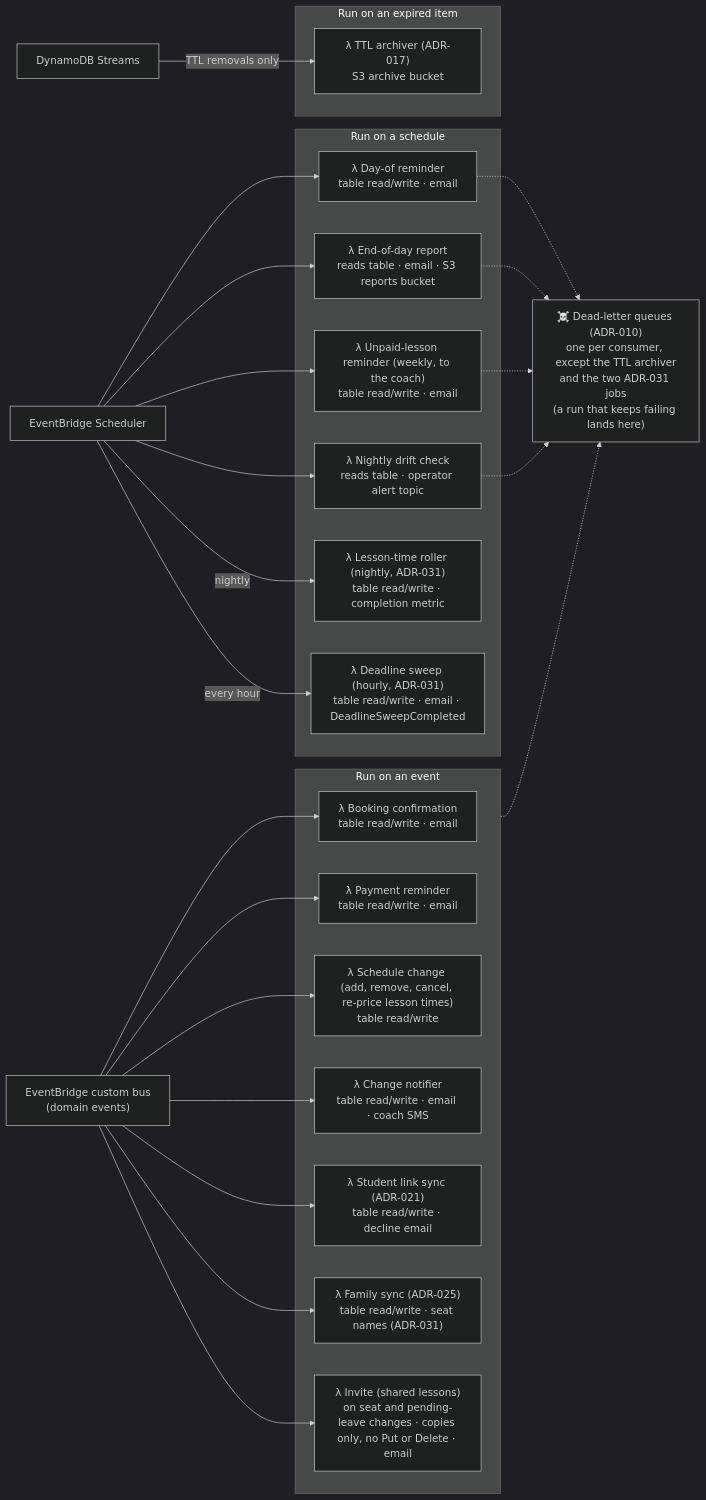
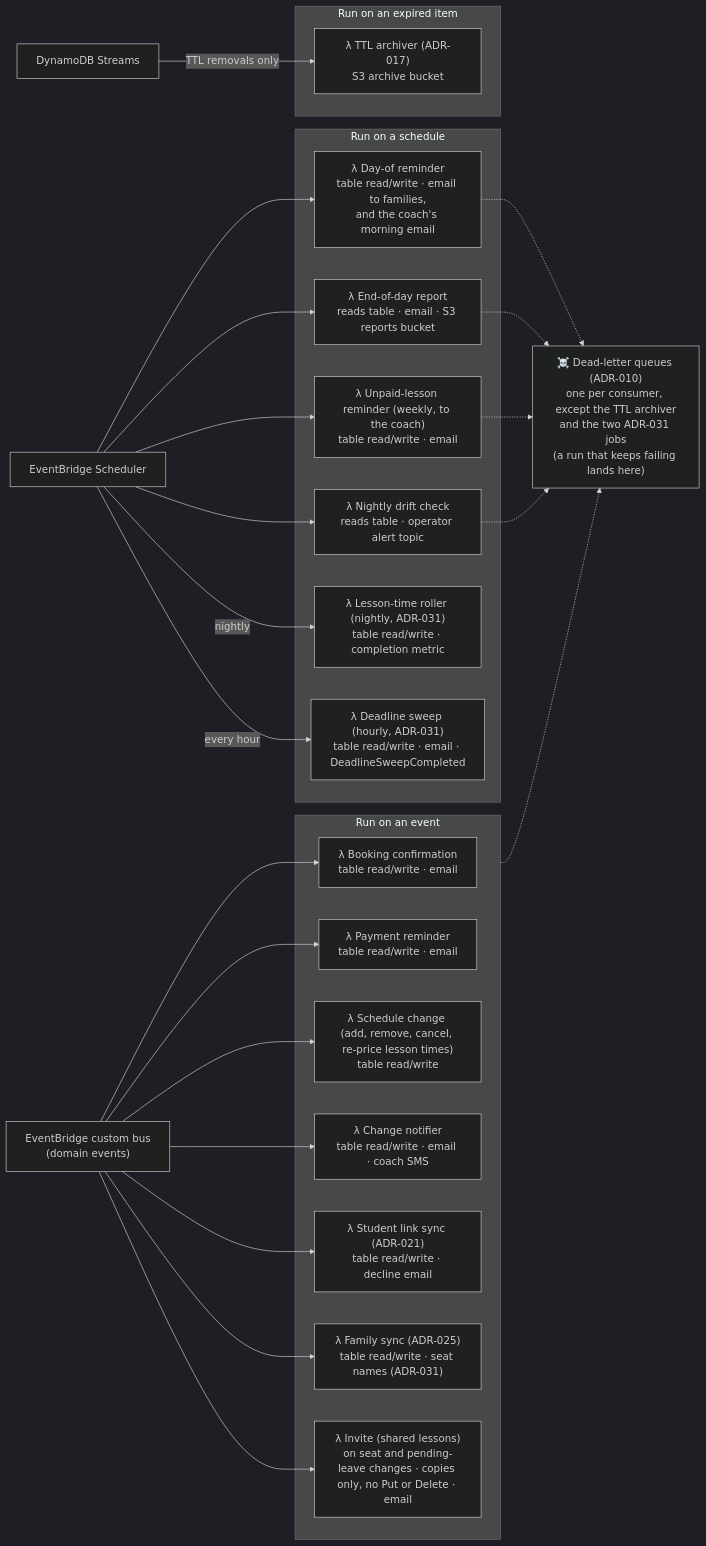
The second of 28 diagrams in docs/architecture.md (jessicamvega6/bladebook), drawn with Mermaid (dark theme) before and after one commit. The commit also changed other lines of this file and 58 other files, not shown here.

First line of the commit message:
Rinkside access: Today-page link and the coach's morning email

````diff
--- a/docs/architecture.md
+++ b/docs/architecture.md
@@ -176,39 +176,39 @@
 ```mermaid
 flowchart LR
     Bus["EventBridge custom bus<br/>(domain events)"]
     Sched["EventBridge Scheduler"]
     Stream["DynamoDB Streams"]
 
     subgraph OnEvent["Run on an event"]
         L_Confirm["λ Booking confirmation<br/>table read/write · email"]
         L_Pay["λ Payment reminder<br/>table read/write · email"]
         L_Cancel["λ Schedule change (add, remove, cancel, re-price lesson times)<br/>table read/write"]
         L_Notify["λ Change notifier<br/>table read/write · email · coach SMS"]
         L_Link["λ Student link sync (ADR-021)<br/>table read/write · decline email"]
         L_Family["λ Family sync (ADR-025)<br/>table read/write · seat names (ADR-031)"]
         L_Invite["λ Invite (shared lessons)<br/>on seat and pending-leave changes · copies only, no Put or Delete · email"]
     end
 
     subgraph OnSchedule["Run on a schedule"]
-        L_Remind["λ Day-of reminder<br/>table read/write · email"]
+        L_Remind["λ Day-of reminder<br/>table read/write · email to families,<br/>and the coach's morning email"]
         L_Report["λ End-of-day report<br/>reads table · email · S3 reports bucket"]
         L_Unpaid["λ Unpaid-lesson reminder (weekly, to the coach)<br/>table read/write · email"]
         L_Drift["λ Nightly drift check<br/>reads table · operator alert topic"]
         L_Roller["λ Lesson-time roller (nightly, ADR-031)<br/>table read/write · completion metric"]
         L_Sweep["λ Deadline sweep (hourly, ADR-031)<br/>table read/write · email · DeadlineSweepCompleted"]
     end
 
     subgraph OnStream["Run on an expired item"]
         L_Archive["λ TTL archiver (ADR-017)<br/>S3 archive bucket"]
     end
 
     DLQ["☠️ Dead-letter queues (ADR-010)<br/>one per consumer, except the TTL archiver<br/>and the two ADR-031 jobs<br/>(a run that keeps failing lands here)"]
 
     Bus --> L_Confirm & L_Pay & L_Cancel & L_Notify & L_Link & L_Family & L_Invite
     Sched --> L_Remind & L_Report & L_Unpaid & L_Drift
     Sched -->|nightly| L_Roller
     Sched -->|every hour| L_Sweep
     Stream -->|TTL removals only| L_Archive
     OnEvent -.-> DLQ
     L_Remind & L_Report & L_Unpaid & L_Drift -.-> DLQ
 ```
````
